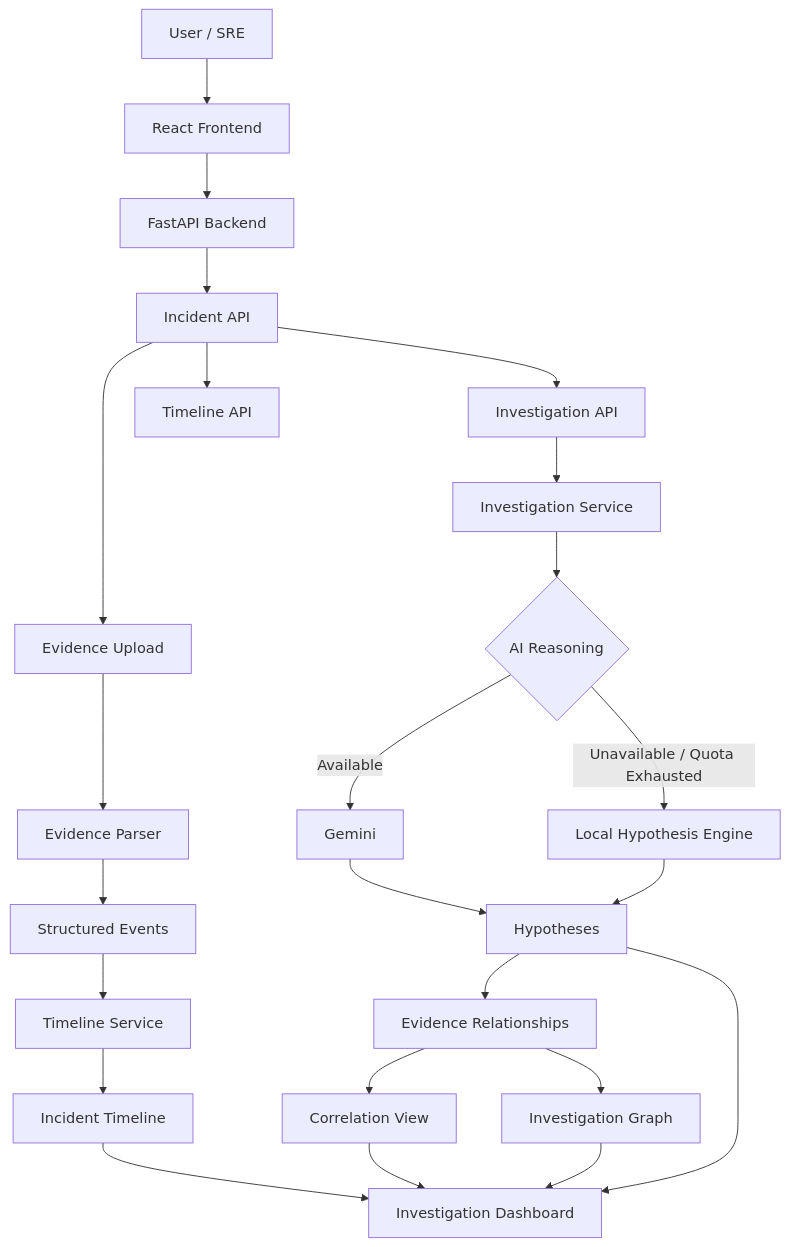
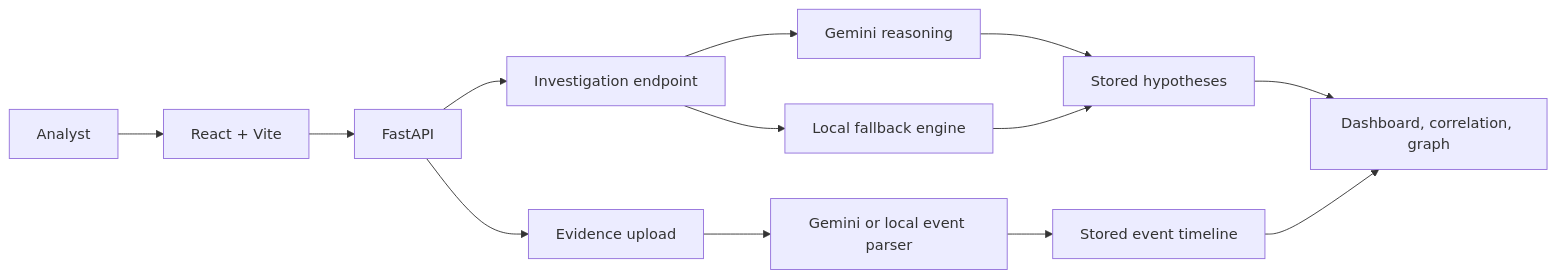
The diagram in README.md (loveshroy67/black-box-investigator), drawn with Mermaid before and after one commit. The commit also changed other lines of this file, not shown here.

Commit message:
docs: add project architecture

````diff
--- a/README.md
+++ b/README.md
@@ -38,36 +23,15 @@
 ```mermaid
-flowchart TD
-    A[User / SRE] --> B[React Frontend]
-    B --> C[FastAPI Backend]
-
-    C --> D[Incident API]
-
-    D --> E[Evidence Upload]
-    D --> F[Timeline API]
-    D --> G[Investigation API]
-
-    E --> H[Evidence Parser]
-    H --> I[Structured Events]
-    I --> J[Timeline Service]
-
-    G --> K[Investigation Service]
-    K --> L{AI Reasoning}
-
-    L -->|Available| M[Gemini]
-    L -->|Unavailable / Quota Exhausted| N[Local Hypothesis Engine]
-
-    M --> O[Hypotheses]
-    N --> O
-
-    O --> P[Evidence Relationships]
-
-    P --> Q[Correlation View]
-    P --> R[Investigation Graph]
-
-    J --> S[Incident Timeline]
-    O --> T[Investigation Dashboard]
-
-    S --> T
-    Q --> T
-    R --> T
+flowchart LR
+    User[Analyst] --> Frontend[React + Vite]
+    Frontend --> API[FastAPI]
+    API --> Upload[Evidence upload]
+    Upload --> Extract[Gemini or local event parser]
+    Extract --> Timeline[Stored event timeline]
+    API --> Investigate[Investigation endpoint]
+    Investigate --> Gemini[Gemini reasoning]
+    Investigate --> Local[Local fallback engine]
+    Gemini --> Hypotheses[Stored hypotheses]
+    Local --> Hypotheses
+    Hypotheses --> Views[Dashboard, correlation, graph]
+    Timeline --> Views
 ```
````
